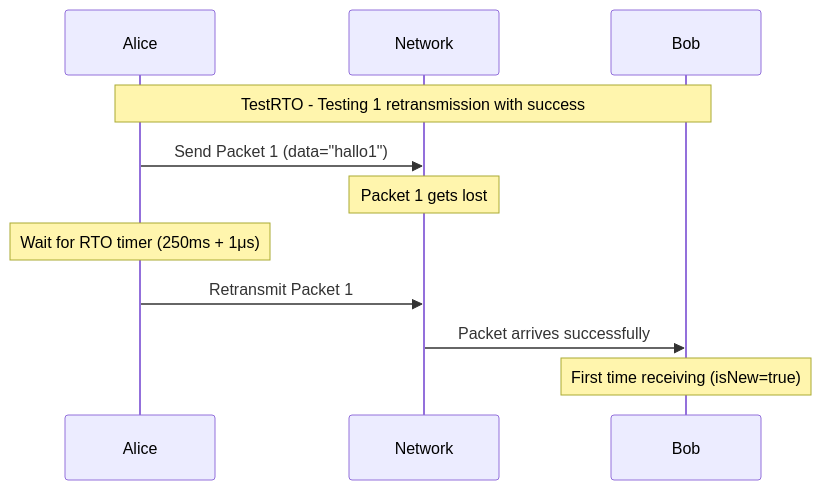
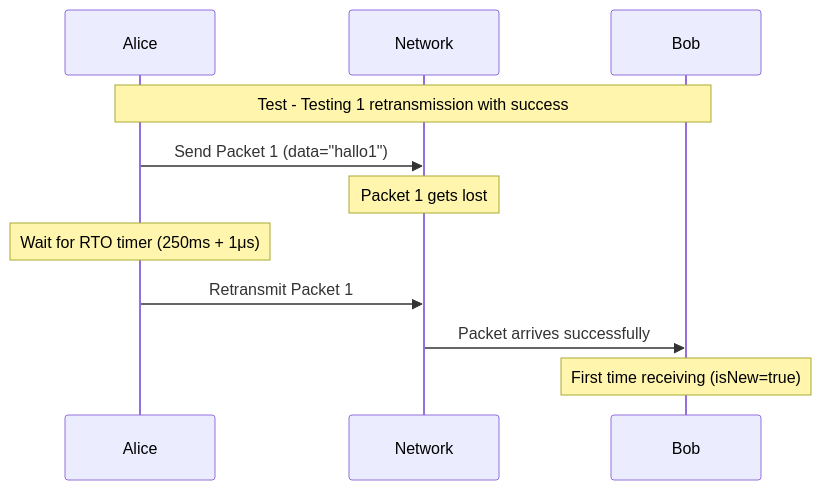
The ninth of 13 diagrams in Readme.md (tbocek/tomtp), drawn with Mermaid before and after one commit. The commit also changed other lines of this file and 16 other files, not shown here.

````diff
--- a/Readme.md
+++ b/Readme.md
@@ -326,18 +320,18 @@
 ```mermaid
 sequenceDiagram
     participant Alice
     participant Network
     participant Bob
     
-    Note over Alice, Bob: TestRTO - Testing 1 retransmission with success
+    Note over Alice, Bob: Test - Testing 1 retransmission with success
     
     Alice->>Network: Send Packet 1 (data="hallo1")
     Note over Network: Packet 1 gets lost
     
     Note over Alice: Wait for RTO timer (250ms + 1μs)
     
     Alice->>Network: Retransmit Packet 1
     Network->>Bob: Packet arrives successfully
     
     Note over Bob: First time receiving (isNew=true)
 ```
````
